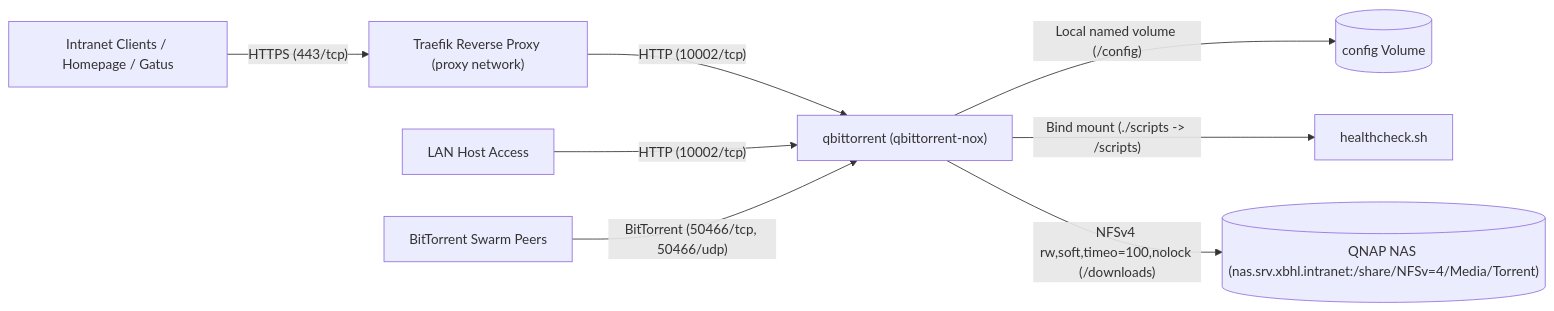
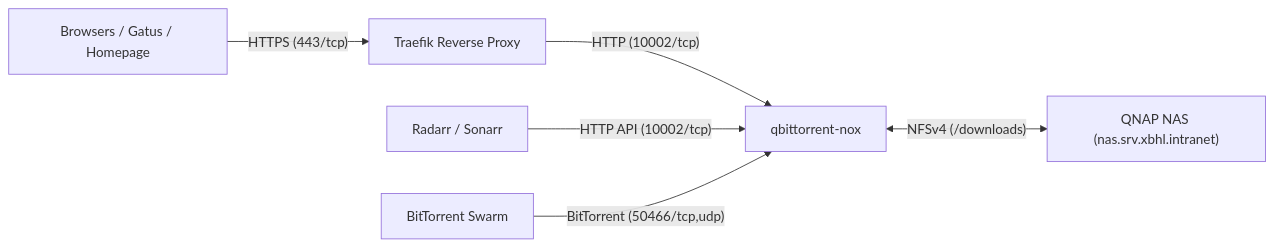
Before and after one commit to lbarczynski-home-lab/qBittorrent: the diagram in README.md, drawn with Mermaid. The commit also changed other lines of this file, not shown here.

Commit message:
docs(qbittorrent): slim README to focus on architecture and decisions

````diff
--- a/README.md
+++ b/README.md
@@ -21,10 +19,8 @@
 ```mermaid
 flowchart LR
-    Clients["Intranet Clients / Homepage / Gatus"] -->|"HTTPS (443/tcp)"| Traefik["Traefik Reverse Proxy (proxy network)"]
-    Traefik -->|"HTTP (10002/tcp)"| QBT["qbittorrent (qbittorrent-nox)"]
-    DirectHost["LAN Host Access"] -->|"HTTP (10002/tcp)"| QBT
-    Peers["BitTorrent Swarm Peers"] -->|"BitTorrent (50466/tcp, 50466/udp)"| QBT
-    QBT -->|"Local named volume (/config)"| ConfigVol[("config Volume")]
-    QBT -->|"Bind mount (./scripts -> /scripts)"| ScriptsVol["healthcheck.sh"]
-    QBT -->|"NFSv4 rw,soft,timeo=100,nolock (/downloads)"| QNAP[("QNAP NAS (nas.srv.xbhl.intranet:/share/NFSv=4/Media/Torrent)")]
+    Clients["Browsers / Gatus / Homepage"] -->|"HTTPS (443/tcp)"| Traefik["Traefik Reverse Proxy"]
+    Traefik -->|"HTTP (10002/tcp)"| QBT["qbittorrent-nox"]
+    Arr["Radarr / Sonarr"] -->|"HTTP API (10002/tcp)"| QBT
+    Peers["BitTorrent Swarm"] -->|"BitTorrent (50466/tcp,udp)"| QBT
+    QBT <-->|"NFSv4 (/downloads)"| NAS["QNAP NAS (nas.srv.xbhl.intranet)"]
 ```
````
